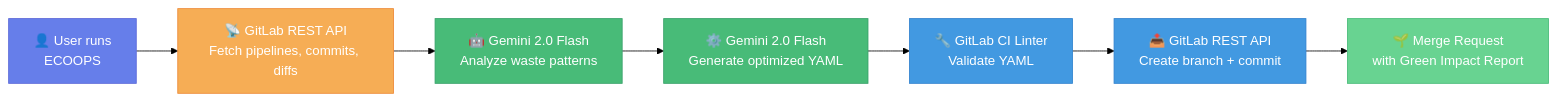
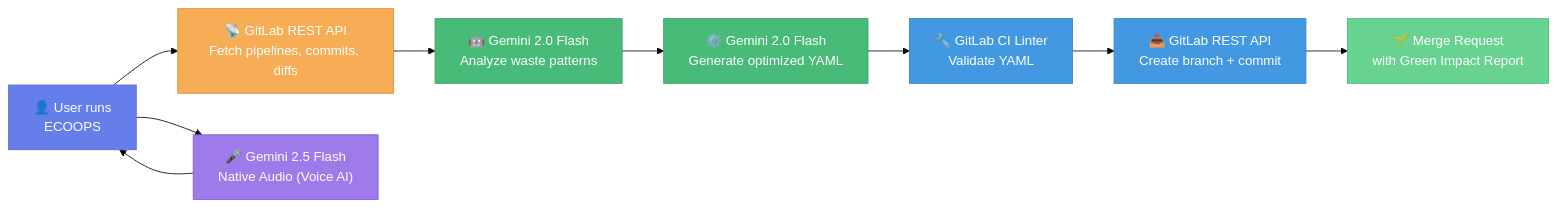
One commit to nika619/ecoops changed the diagram in README.md. Above: the diagram before and after it, drawn with Mermaid (forest theme). The commit also changed other lines of this file and 14 other files, not shown here.

````diff
--- a/README.md
+++ b/README.md
@@ -53,17 +60,20 @@
 ```mermaid
 graph LR
     A["👤 User runs<br/>ECOOPS"] --> B["📡 GitLab REST API<br/>Fetch pipelines, commits, diffs"]
     B --> C["🤖 Gemini 2.0 Flash<br/>Analyze waste patterns"]
     C --> D["⚙️ Gemini 2.0 Flash<br/>Generate optimized YAML"]
     D --> E["🔧 GitLab CI Linter<br/>Validate YAML"]
     E --> F["📤 GitLab REST API<br/>Create branch + commit"]
     F --> G["🌱 Merge Request<br/>with Green Impact Report"]
+    A --> H["🎤 Gemini 2.5 Flash<br/>Native Audio (Voice AI)"]
+    H --> A
 
     style A fill:#667eea,stroke:#5a67d8,color:#fff
     style B fill:#f6ad55,stroke:#ed8936,color:#fff
     style C fill:#48bb78,stroke:#38a169,color:#fff
     style D fill:#48bb78,stroke:#38a169,color:#fff
     style E fill:#4299e1,stroke:#3182ce,color:#fff
     style F fill:#4299e1,stroke:#3182ce,color:#fff
     style G fill:#68d391,stroke:#48bb78,color:#fff
+    style H fill:#9f7aea,stroke:#805ad5,color:#fff
 ```
````
